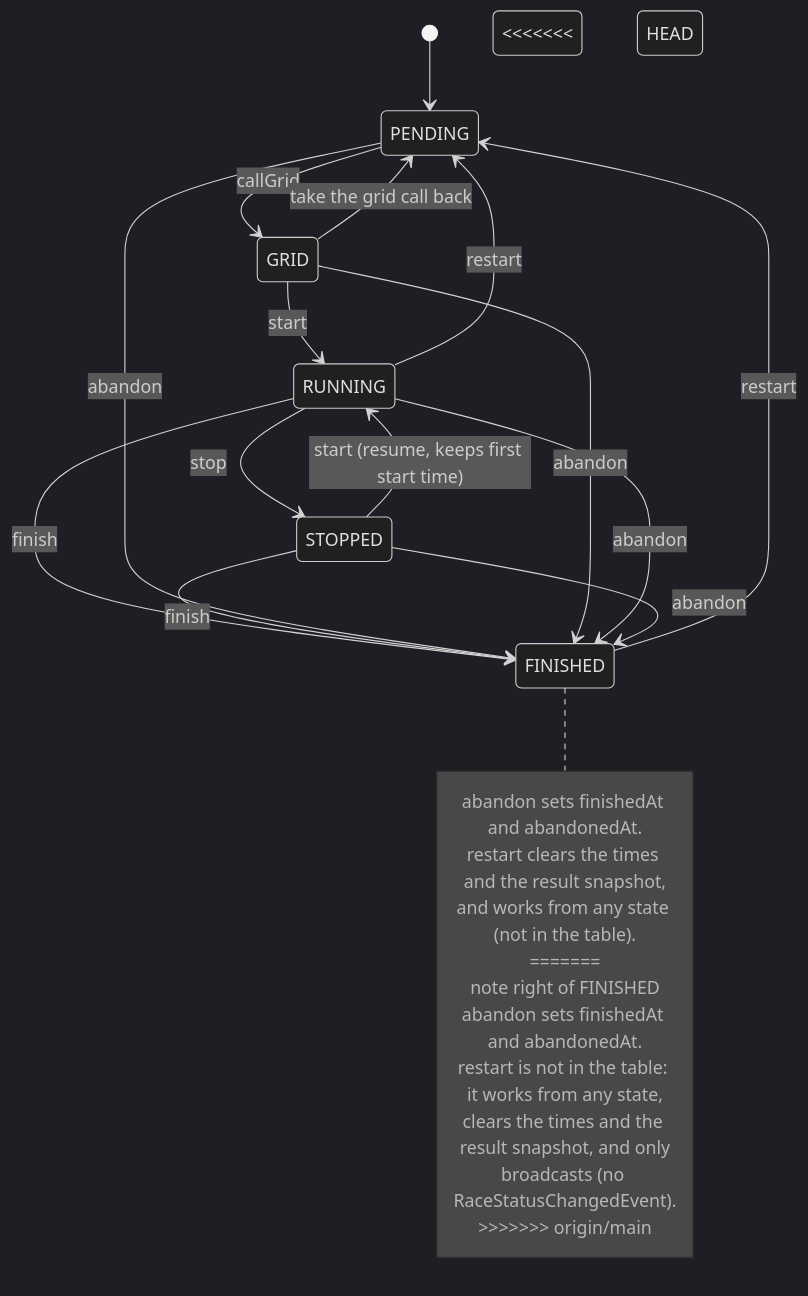
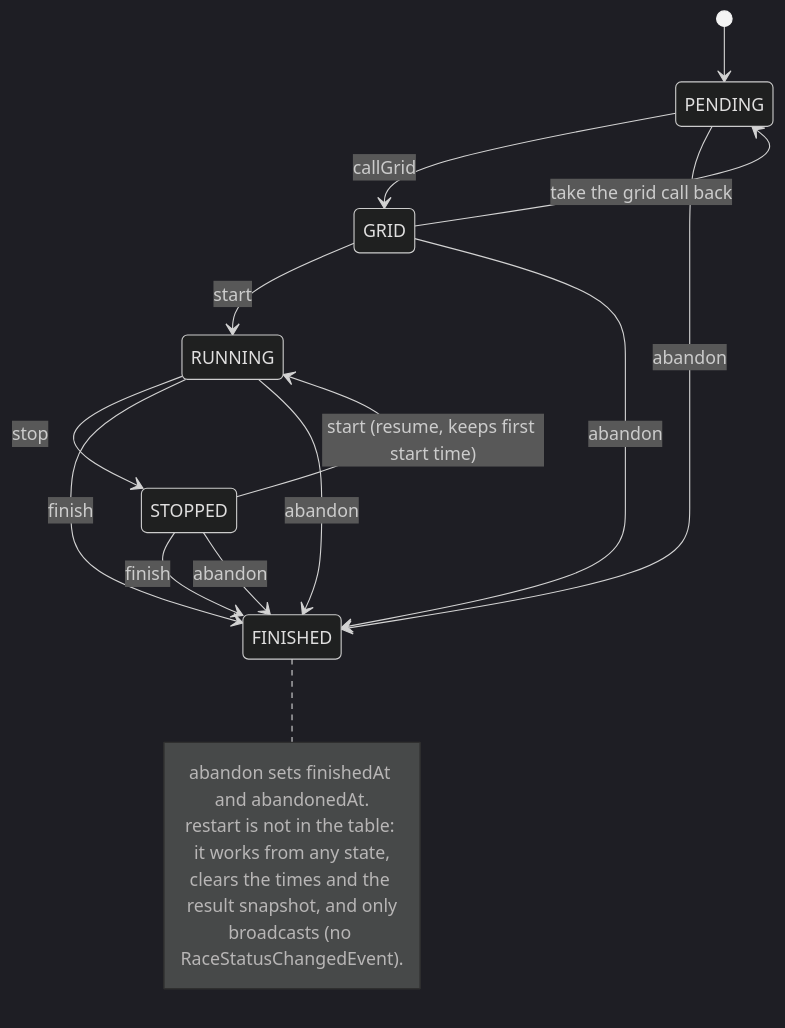
Before and after one commit to RCRaceHub/RCTimingControl: the first of 3 diagrams in docs/developer/race-lifecycle.md, drawn with Mermaid (dark theme). The commit also changed other lines of this file and 2 other files, not shown here.

Commit message:
Take the reviewed diagrams from main (drop conflict markers)
Claude-Session: https://claude.ai/code/session_01DzyBwBFMMQNevmBX3QRCzN

````diff
--- a/docs/developer/race-lifecycle.md
+++ b/docs/developer/race-lifecycle.md
@@ -5,30 +5,21 @@
 ```mermaid
 stateDiagram-v2
     [*] --> PENDING
     PENDING --> GRID: callGrid
     GRID --> PENDING: take the grid call back
     GRID --> RUNNING: start
     RUNNING --> STOPPED: stop
     STOPPED --> RUNNING: start (resume, keeps first start time)
     RUNNING --> FINISHED: finish
     STOPPED --> FINISHED: finish
     PENDING --> FINISHED: abandon
     GRID --> FINISHED: abandon
     RUNNING --> FINISHED: abandon
     STOPPED --> FINISHED: abandon
-<<<<<<< HEAD
-    FINISHED --> PENDING: restart
-    RUNNING --> PENDING: restart
-    note right of FINISHED
-        abandon sets finishedAt and abandonedAt.
-        restart clears the times and the result snapshot,
-        and works from any state (not in the table).
-=======
     note right of FINISHED
         abandon sets finishedAt and abandonedAt.
         restart is not in the table: it works from any state,
         clears the times and the result snapshot, and only
         broadcasts (no RaceStatusChangedEvent).
->>>>>>> origin/main
     end note
 ```
````
